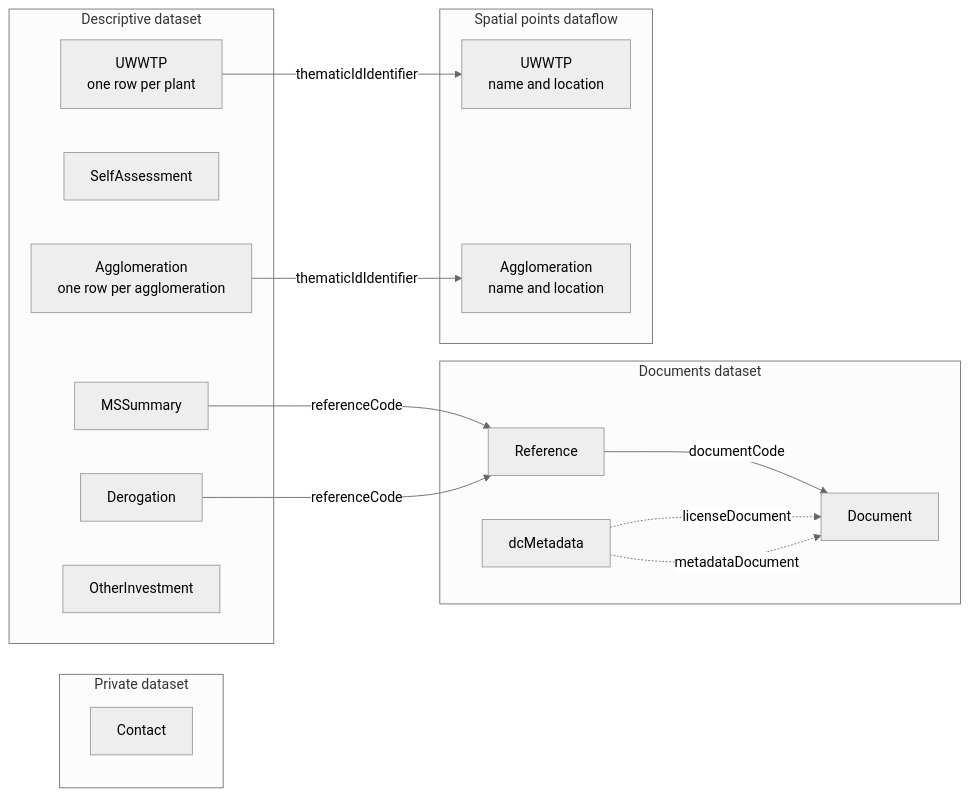
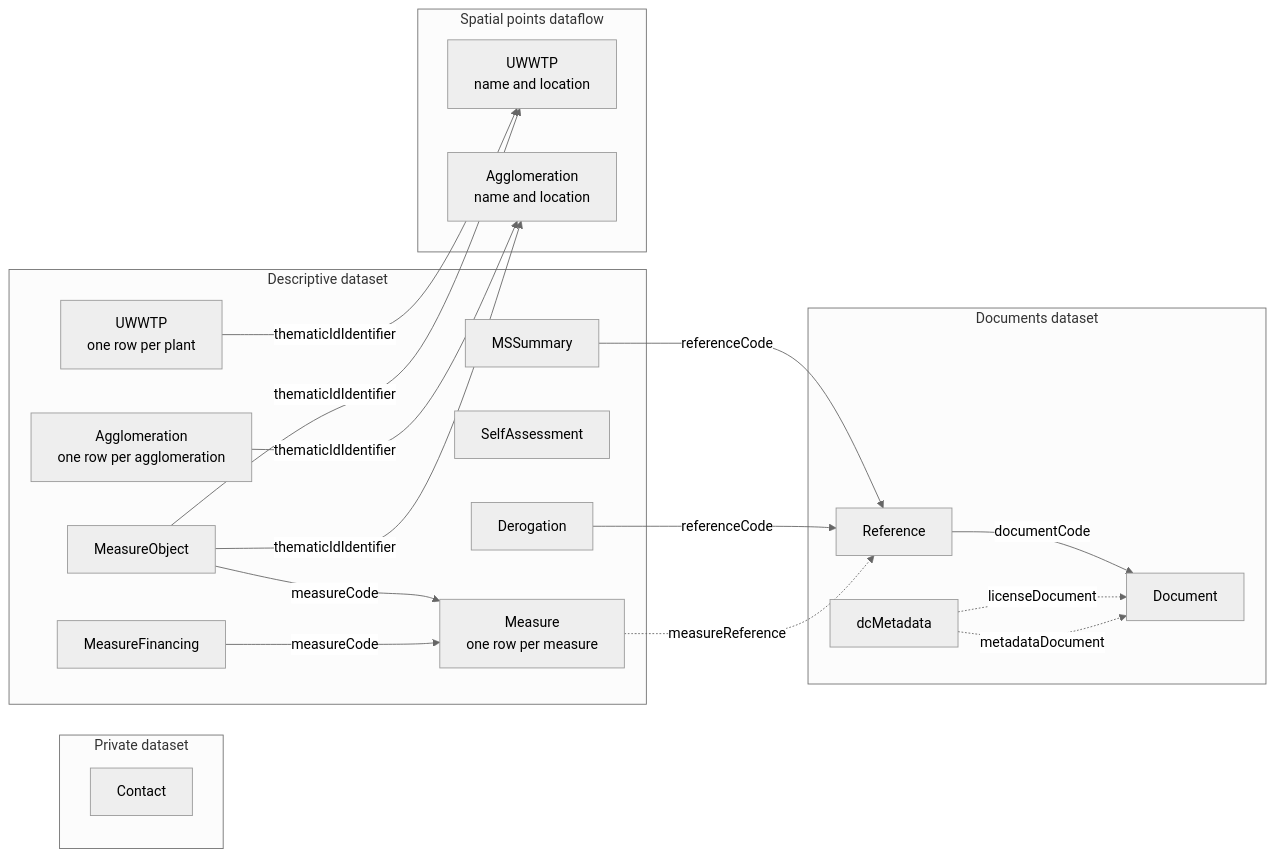
One commit to eeadata/WISE.UWWTD.Documentation changed the diagram in docs/rUWWTD2024/Article23/DataModel.md. Above: the diagram before and after it, drawn with Mermaid (neutral theme). The commit also changed other lines of this file and 23 other files, not shown here.

````diff
--- a/docs/rUWWTD2024/Article23/DataModel.md
+++ b/docs/rUWWTD2024/Article23/DataModel.md
@@ -13,30 +13,37 @@
 ```{mermaid}
 flowchart LR
   subgraph private["Private dataset"]
     Contact
   end
   subgraph descriptive["Descriptive dataset"]
     MSSummary
     SelfAssessment
     Derogation
+    Measure["Measure<br/>one row per measure"]
+    MeasureObject
+    MeasureFinancing
     UWWTP["UWWTP<br/>one row per plant"]
     Agglomeration["Agglomeration<br/>one row per agglomeration"]
-    OtherInvestment
   end
   subgraph documents["Documents dataset"]
     dcMetadata
     Reference
     Document
   end
   MSSummary -- "referenceCode" --> Reference
   Derogation -- "referenceCode" --> Reference
+  Measure -. "measureReference" .-> Reference
+  MeasureObject -- "measureCode" --> Measure
+  MeasureFinancing -- "measureCode" --> Measure
   Reference -- "documentCode" --> Document
   dcMetadata -. "licenseDocument" .-> Document
   dcMetadata -. "metadataDocument" .-> Document
   subgraph spatial["Spatial points dataflow"]
     SpUWWTP["UWWTP<br/>name and location"]
     SpAgglomeration["Agglomeration<br/>name and location"]
   end
   UWWTP -- "thematicIdIdentifier" --> SpUWWTP
   Agglomeration -- "thematicIdIdentifier" --> SpAgglomeration
+  MeasureObject -- "thematicIdIdentifier" --> SpUWWTP
+  MeasureObject -- "thematicIdIdentifier" --> SpAgglomeration
 ```
````
